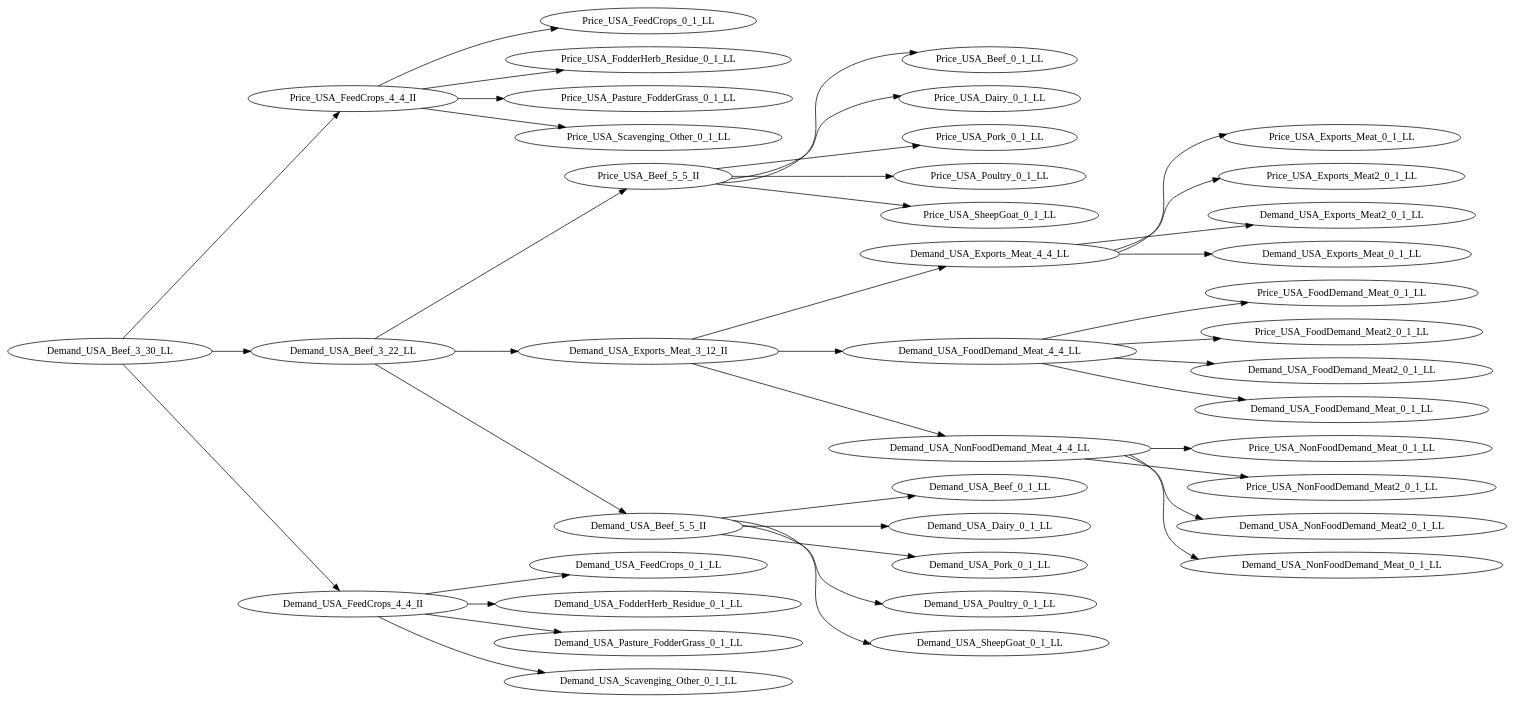
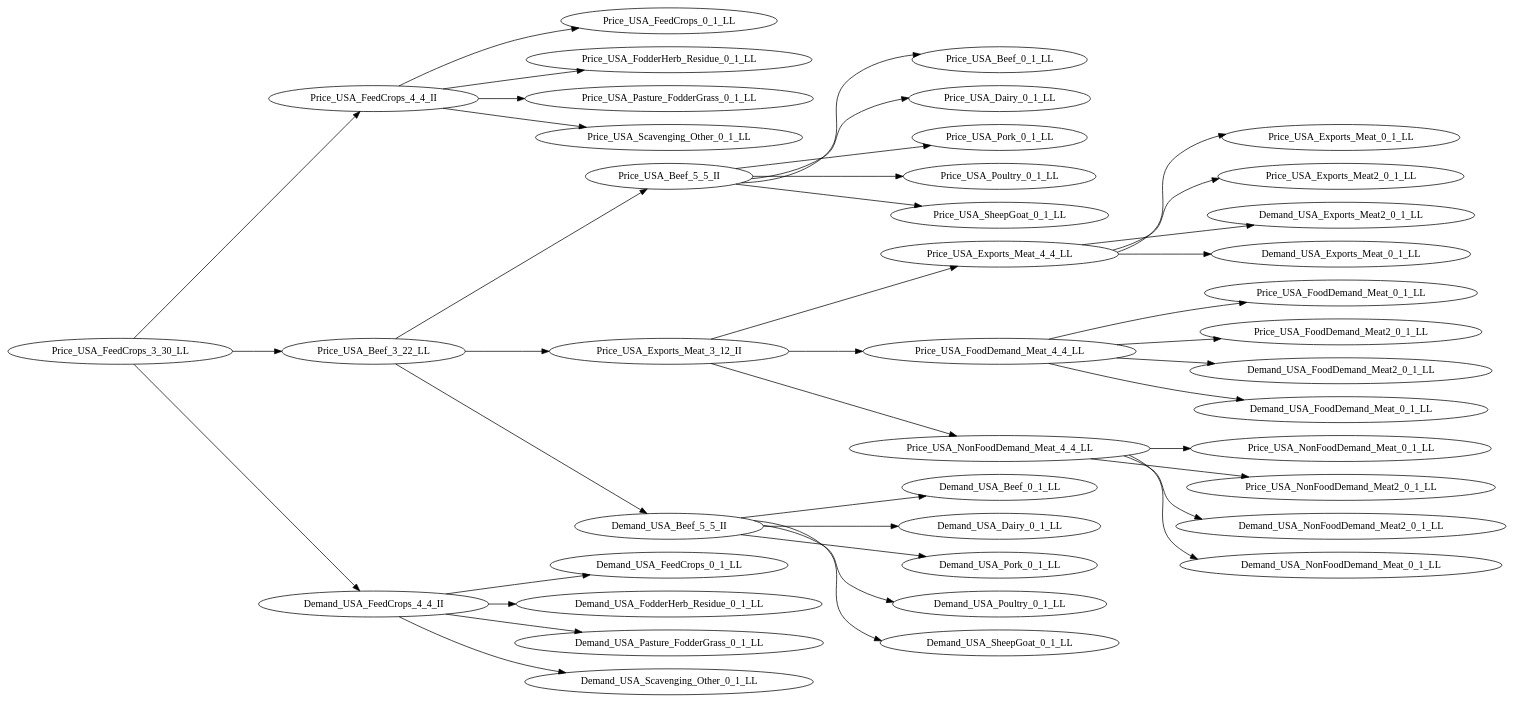
The diagram in output/gcam-usa-c2-clans.dot (rplzzz/tgraph), drawn with Graphviz before and after one commit. The commit also changed 3 other files, not shown here.

```diff
--- a/output/gcam-usa-c2-clans.dot
+++ b/output/gcam-usa-c2-clans.dot
@@ -1,42 +1,42 @@
 digraph ClanTree {
 rankdir=LR
-Demand_USA_Beef_3_30_LL -> Price_USA_FeedCrops_4_4_II;
+Price_USA_FeedCrops_3_30_LL -> Price_USA_FeedCrops_4_4_II;
 Price_USA_FeedCrops_4_4_II -> Price_USA_FeedCrops_0_1_LL;
 Price_USA_FeedCrops_4_4_II -> Price_USA_FodderHerb_Residue_0_1_LL;
 Price_USA_FeedCrops_4_4_II -> Price_USA_Pasture_FodderGrass_0_1_LL;
 Price_USA_FeedCrops_4_4_II -> Price_USA_Scavenging_Other_0_1_LL;
-Demand_USA_Beef_3_30_LL -> Demand_USA_Beef_3_22_LL;
-Demand_USA_Beef_3_22_LL -> Price_USA_Beef_5_5_II;
+Price_USA_FeedCrops_3_30_LL -> Price_USA_Beef_3_22_LL;
+Price_USA_Beef_3_22_LL -> Price_USA_Beef_5_5_II;
 Price_USA_Beef_5_5_II -> Price_USA_Beef_0_1_LL;
 Price_USA_Beef_5_5_II -> Price_USA_Dairy_0_1_LL;
 Price_USA_Beef_5_5_II -> Price_USA_Pork_0_1_LL;
 Price_USA_Beef_5_5_II -> Price_USA_Poultry_0_1_LL;
 Price_USA_Beef_5_5_II -> Price_USA_SheepGoat_0_1_LL;
-Demand_USA_Beef_3_22_LL -> Demand_USA_Exports_Meat_3_12_II;
-Demand_USA_Exports_Meat_3_12_II -> Demand_USA_Exports_Meat_4_4_LL;
-Demand_USA_Exports_Meat_4_4_LL -> Price_USA_Exports_Meat_0_1_LL;
-Demand_USA_Exports_Meat_4_4_LL -> Price_USA_Exports_Meat2_0_1_LL;
-Demand_USA_Exports_Meat_4_4_LL -> Demand_USA_Exports_Meat2_0_1_LL;
-Demand_USA_Exports_Meat_4_4_LL -> Demand_USA_Exports_Meat_0_1_LL;
-Demand_USA_Exports_Meat_3_12_II -> Demand_USA_FoodDemand_Meat_4_4_LL;
-Demand_USA_FoodDemand_Meat_4_4_LL -> Price_USA_FoodDemand_Meat_0_1_LL;
-Demand_USA_FoodDemand_Meat_4_4_LL -> Price_USA_FoodDemand_Meat2_0_1_LL;
-Demand_USA_FoodDemand_Meat_4_4_LL -> Demand_USA_FoodDemand_Meat2_0_1_LL;
-Demand_USA_FoodDemand_Meat_4_4_LL -> Demand_USA_FoodDemand_Meat_0_1_LL;
-Demand_USA_Exports_Meat_3_12_II -> Demand_USA_NonFoodDemand_Meat_4_4_LL;
-Demand_USA_NonFoodDemand_Meat_4_4_LL -> Price_USA_NonFoodDemand_Meat_0_1_LL;
-Demand_USA_NonFoodDemand_Meat_4_4_LL -> Price_USA_NonFoodDemand_Meat2_0_1_LL;
-Demand_USA_NonFoodDemand_Meat_4_4_LL -> Demand_USA_NonFoodDemand_Meat2_0_1_LL;
-Demand_USA_NonFoodDemand_Meat_4_4_LL -> Demand_USA_NonFoodDemand_Meat_0_1_LL;
-Demand_USA_Beef_3_22_LL -> Demand_USA_Beef_5_5_II;
+Price_USA_Beef_3_22_LL -> Price_USA_Exports_Meat_3_12_II;
+Price_USA_Exports_Meat_3_12_II -> Price_USA_Exports_Meat_4_4_LL;
+Price_USA_Exports_Meat_4_4_LL -> Price_USA_Exports_Meat_0_1_LL;
+Price_USA_Exports_Meat_4_4_LL -> Price_USA_Exports_Meat2_0_1_LL;
+Price_USA_Exports_Meat_4_4_LL -> Demand_USA_Exports_Meat2_0_1_LL;
+Price_USA_Exports_Meat_4_4_LL -> Demand_USA_Exports_Meat_0_1_LL;
+Price_USA_Exports_Meat_3_12_II -> Price_USA_FoodDemand_Meat_4_4_LL;
+Price_USA_FoodDemand_Meat_4_4_LL -> Price_USA_FoodDemand_Meat_0_1_LL;
+Price_USA_FoodDemand_Meat_4_4_LL -> Price_USA_FoodDemand_Meat2_0_1_LL;
+Price_USA_FoodDemand_Meat_4_4_LL -> Demand_USA_FoodDemand_Meat2_0_1_LL;
+Price_USA_FoodDemand_Meat_4_4_LL -> Demand_USA_FoodDemand_Meat_0_1_LL;
+Price_USA_Exports_Meat_3_12_II -> Price_USA_NonFoodDemand_Meat_4_4_LL;
+Price_USA_NonFoodDemand_Meat_4_4_LL -> Price_USA_NonFoodDemand_Meat_0_1_LL;
+Price_USA_NonFoodDemand_Meat_4_4_LL -> Price_USA_NonFoodDemand_Meat2_0_1_LL;
+Price_USA_NonFoodDemand_Meat_4_4_LL -> Demand_USA_NonFoodDemand_Meat2_0_1_LL;
+Price_USA_NonFoodDemand_Meat_4_4_LL -> Demand_USA_NonFoodDemand_Meat_0_1_LL;
+Price_USA_Beef_3_22_LL -> Demand_USA_Beef_5_5_II;
 Demand_USA_Beef_5_5_II -> Demand_USA_Beef_0_1_LL;
 Demand_USA_Beef_5_5_II -> Demand_USA_Dairy_0_1_LL;
 Demand_USA_Beef_5_5_II -> Demand_USA_Pork_0_1_LL;
 Demand_USA_Beef_5_5_II -> Demand_USA_Poultry_0_1_LL;
 Demand_USA_Beef_5_5_II -> Demand_USA_SheepGoat_0_1_LL;
-Demand_USA_Beef_3_30_LL -> Demand_USA_FeedCrops_4_4_II;
+Price_USA_FeedCrops_3_30_LL -> Demand_USA_FeedCrops_4_4_II;
 Demand_USA_FeedCrops_4_4_II -> Demand_USA_FeedCrops_0_1_LL;
 Demand_USA_FeedCrops_4_4_II -> Demand_USA_FodderHerb_Residue_0_1_LL;
 Demand_USA_FeedCrops_4_4_II -> Demand_USA_Pasture_FodderGrass_0_1_LL;
 Demand_USA_FeedCrops_4_4_II -> Demand_USA_Scavenging_Other_0_1_LL;
 }
```
